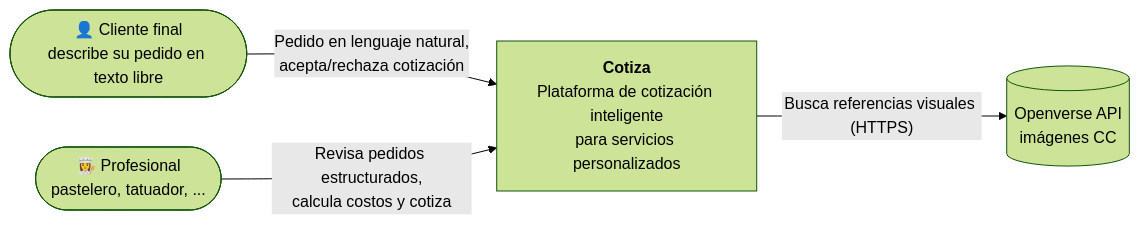
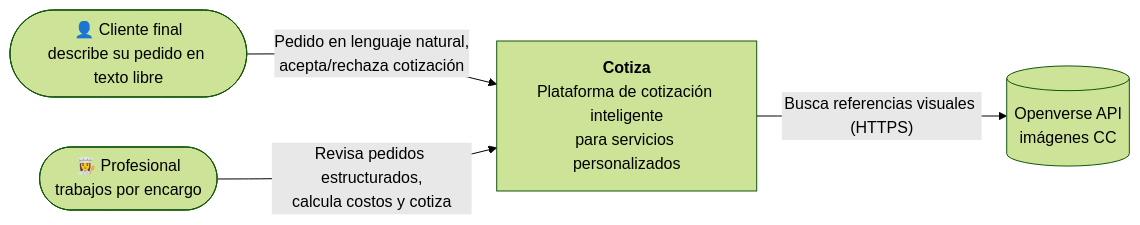
The first of 6 diagrams in docs/arquitectura.md (inddigo/ProyectoIngWeb), drawn with Mermaid (forest theme) before and after one commit. The commit also changed other lines of this file and 5 other files, not shown here.

````diff
--- a/docs/arquitectura.md
+++ b/docs/arquitectura.md
@@ -7,11 +7,11 @@
 ```mermaid
 flowchart LR
     cliente(["👤 Cliente final<br/>describe su pedido en texto libre"])
-    prof(["👩‍🍳 Profesional<br/>pastelero, tatuador, ..."])
+    prof(["👩‍🍳 Profesional<br/>trabajos por encargo"])
     sistema["<b>Cotiza</b><br/>Plataforma de cotización inteligente<br/>para servicios personalizados"]
     openverse[("Openverse API<br/>imágenes CC")]
 
     cliente -- "Pedido en lenguaje natural,<br/>acepta/rechaza cotización" --> sistema
     prof -- "Revisa pedidos estructurados,<br/>calcula costos y cotiza" --> sistema
     sistema -- "Busca referencias visuales (HTTPS)" --> openverse
 ```
````
